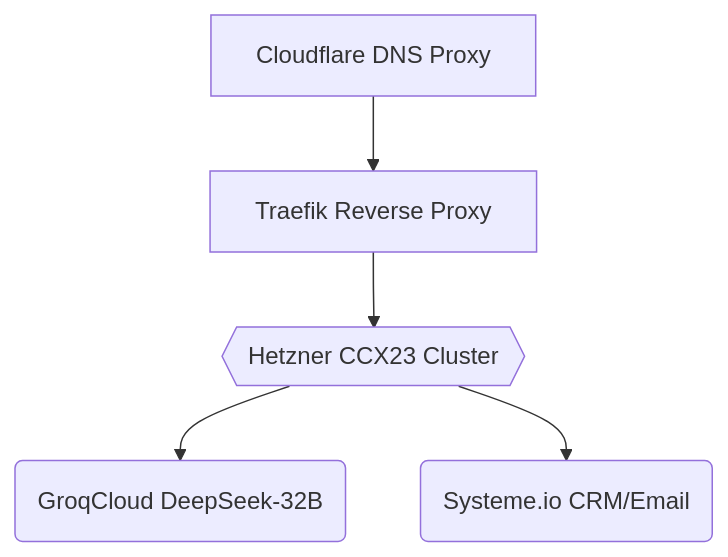
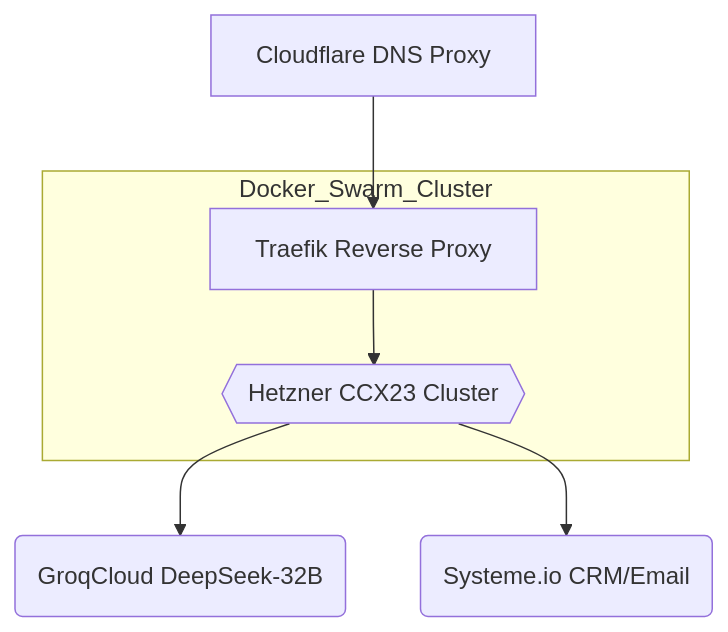
Before and after one commit to deepbrainspace/deepbrain-stack: the first of 4 diagrams in projects/bnb/v6-b.md, drawn with Mermaid. The commit also changed other lines of this file, not shown here.

````diff
--- a/projects/bnb/v6-b.md
+++ b/projects/bnb/v6-b.md
@@ -37,7 +37,9 @@
 ```mermaid
 flowchart TD
     U[Cloudflare DNS Proxy] --> E[Traefik Reverse Proxy]
-    E --> Q{{Hetzner CCX23 Cluster}}
+    subgraph Docker_Swarm_Cluster
+        E --> Q{{Hetzner CCX23 Cluster}}
+    end
     Q --> T(GroqCloud DeepSeek-32B)
     Q --> V(Systeme.io CRM/Email)
 ```
````
